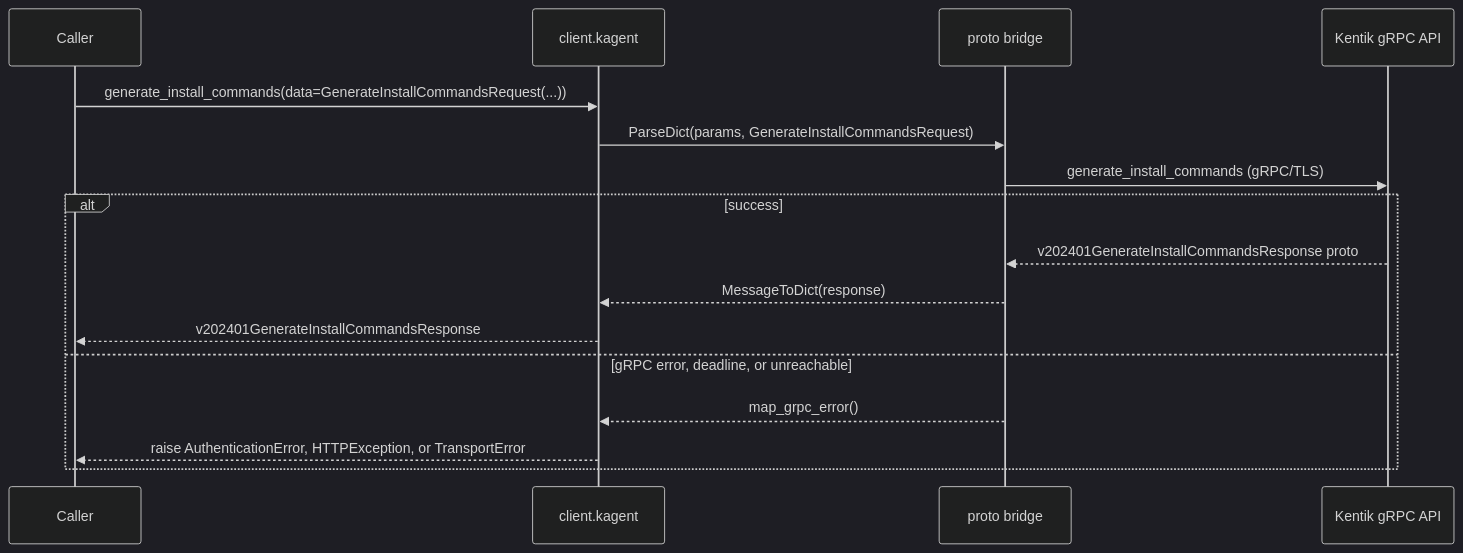
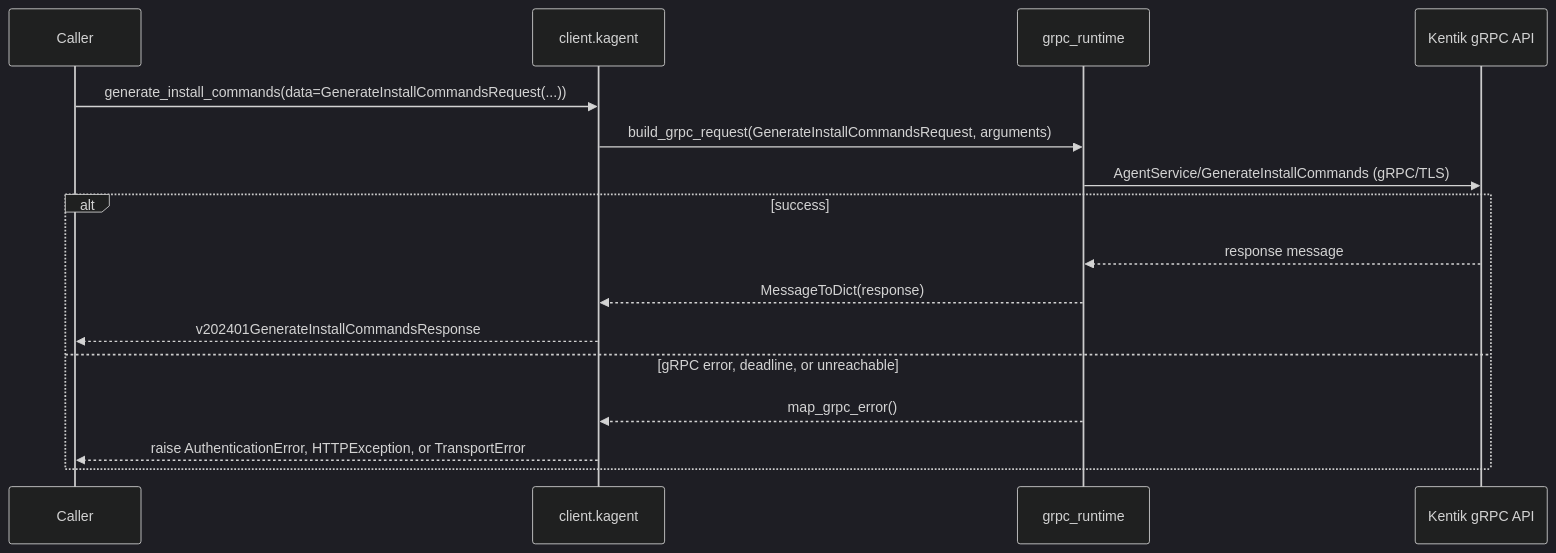
Before and after one commit to alexdearaujo/community_sdk_python: the ninth of 58 diagrams in docs/sphinx/services/kagent.md, drawn with Mermaid (dark theme). The commit also changed other lines of this file and 37 other files, not shown here.

First line of the commit message:
docs: show the real RPC in each service page's gRPC diagram

````diff
--- a/docs/sphinx/services/kagent.md
+++ b/docs/sphinx/services/kagent.md
@@ -290,19 +290,19 @@
 ```mermaid
 sequenceDiagram
     participant C as Caller
     participant W as client.kagent
-    participant B as proto bridge
+    participant R as grpc_runtime
     participant API as Kentik gRPC API
 
     C->>W: generate_install_commands(data=GenerateInstallCommandsRequest(...))
-    W->>B: ParseDict(params, GenerateInstallCommandsRequest)
-    B->>API: generate_install_commands (gRPC/TLS)
+    W->>R: build_grpc_request(GenerateInstallCommandsRequest, arguments)
+    R->>API: AgentService/GenerateInstallCommands (gRPC/TLS)
     alt success
-        API-->>B: v202401GenerateInstallCommandsResponse proto
-        B-->>W: MessageToDict(response)
+        API-->>R: response message
+        R-->>W: MessageToDict(response)
         W-->>C: v202401GenerateInstallCommandsResponse
     else gRPC error, deadline, or unreachable
-        B-->>W: map_grpc_error()
+        R-->>W: map_grpc_error()
         W-->>C: raise AuthenticationError, HTTPException, or TransportError
     end
 ```
````
